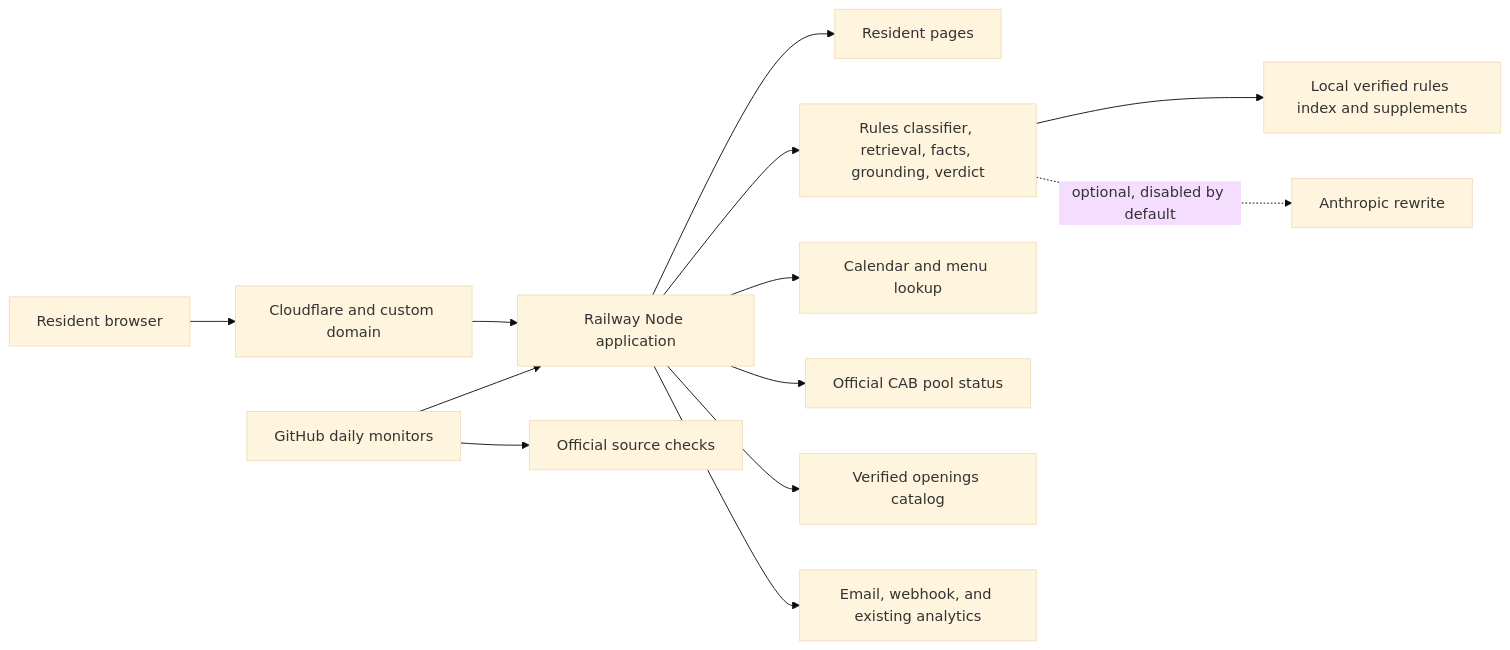
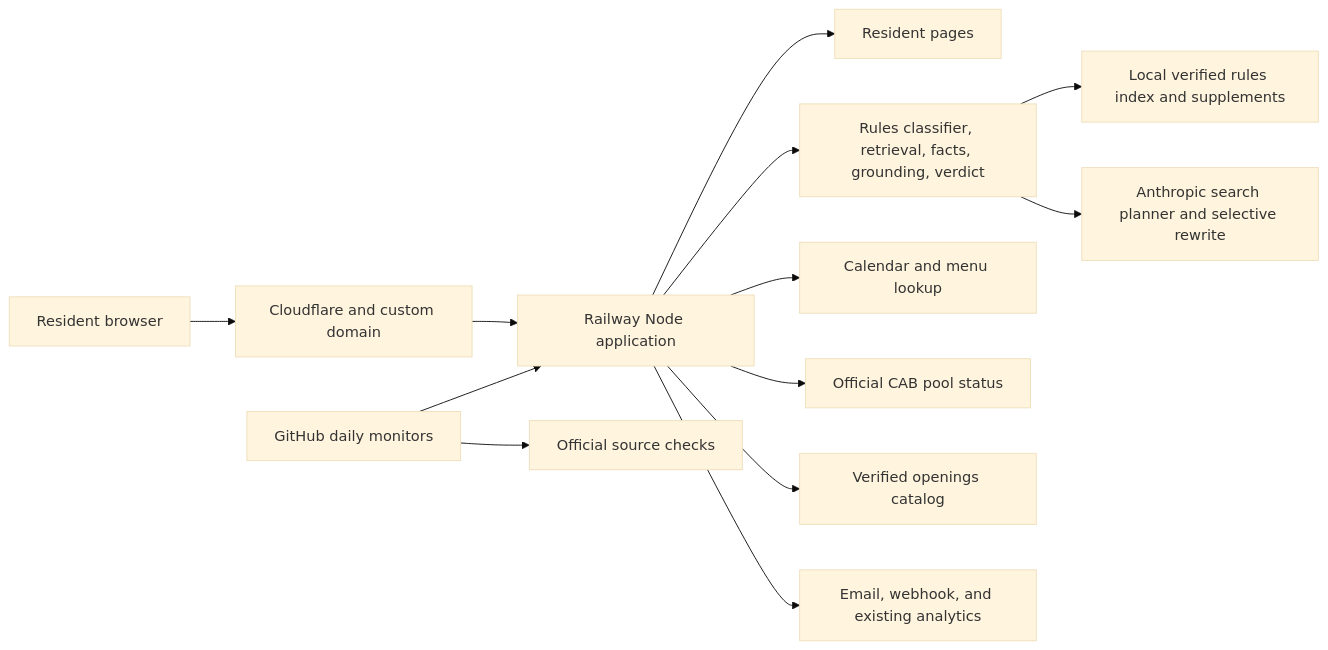
The diagram in docs/ARCHITECTURE.md (mar15sa/sterling-ranch-food-truck-chat), drawn with Mermaid (base theme) before and after one commit. The commit also changed other lines of this file and 16 other files, not shown here.

````diff
--- a/docs/ARCHITECTURE.md
+++ b/docs/ARCHITECTURE.md
@@ -5,15 +5,15 @@
 ```mermaid
 flowchart LR
   Resident[Resident browser] --> Edge[Cloudflare and custom domain]
   Edge --> App[Railway Node application]
   App --> Static[Resident pages]
   App --> Rules[Rules classifier, retrieval, facts, grounding, verdict]
   App --> Food[Calendar and menu lookup]
   App --> Pool[Official CAB pool status]
   App --> Openings[Verified openings catalog]
   Rules --> Index[Local verified rules index and supplements]
-  Rules -. optional, disabled by default .-> Claude[Anthropic rewrite]
+  Rules --> Claude[Anthropic search planner and selective rewrite]
   App --> Alerts[Email, webhook, and existing analytics]
   GitHub[GitHub daily monitors] --> App
   GitHub --> Sources[Official source checks]
 ```
````
